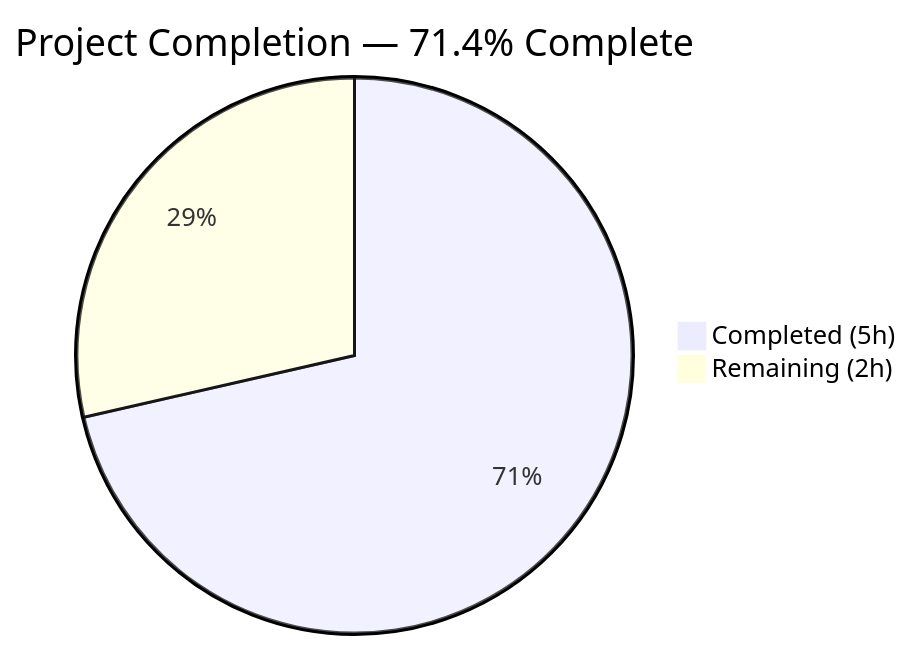
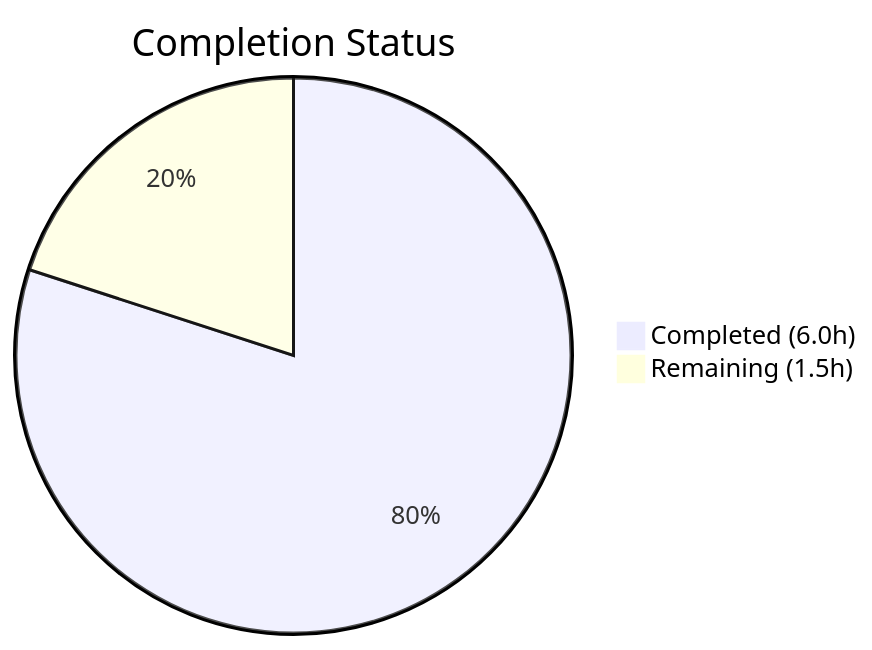
The first of 2 diagrams in blitzy/documentation/Project Guide.md (TestadoBlitzy/Existing-product), drawn with Mermaid before and after one commit. The commit also changed other lines of this file, not shown here.

Commit message:
Adding Blitzy Project Guide: Project Status and Human Tasks Remaining

````diff
--- a/blitzy/documentation/Project Guide.md
+++ b/blitzy/documentation/Project Guide.md
@@ -13,5 +13,5 @@
 ```mermaid
-pie title Project Completion — 71.4% Complete
-    "Completed (5h)" : 5
-    "Remaining (2h)" : 2
+pie title Completion Status
+    "Completed (6.0h)" : 6.0
+    "Remaining (1.5h)" : 1.5
 ```
````
